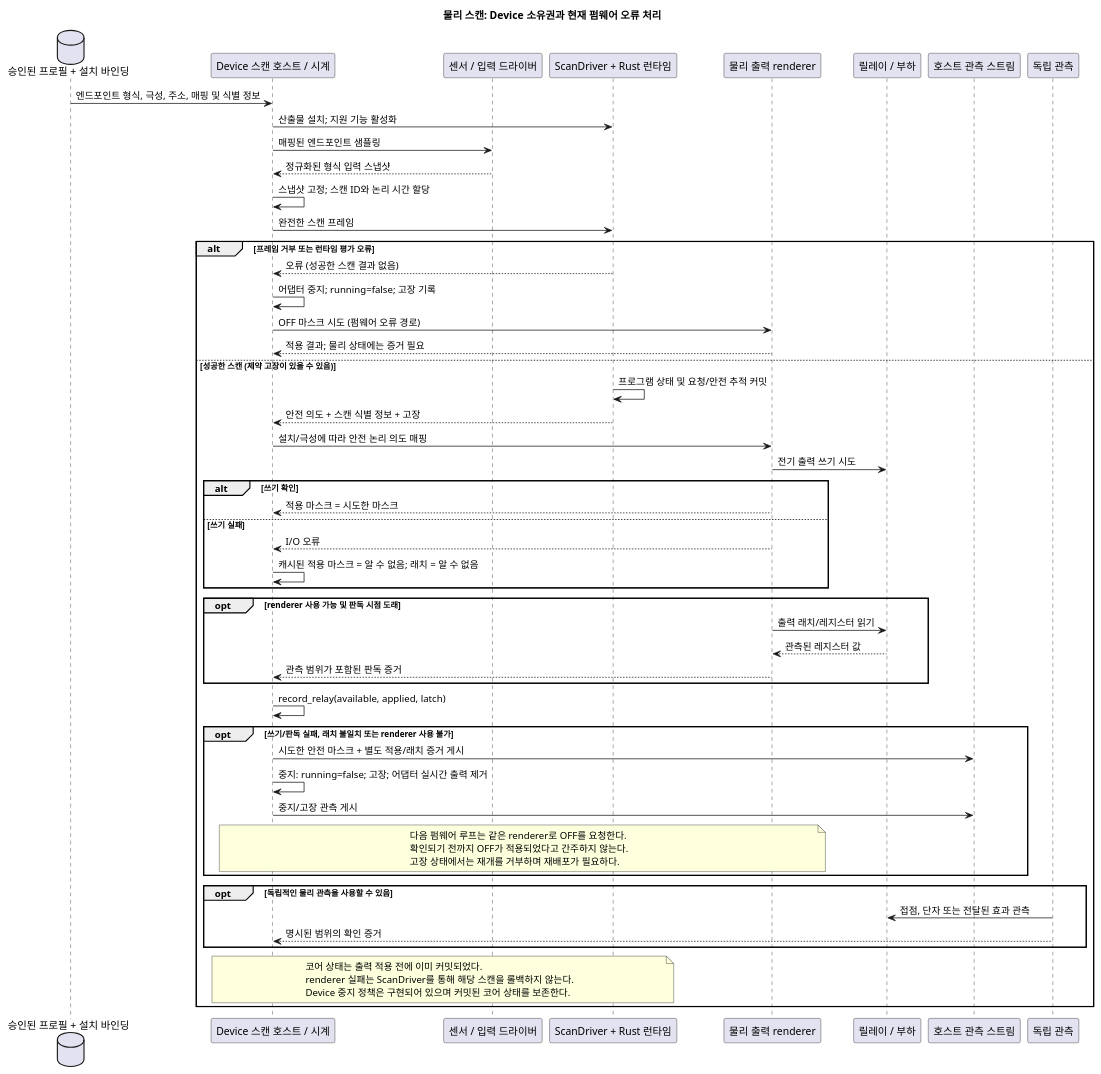
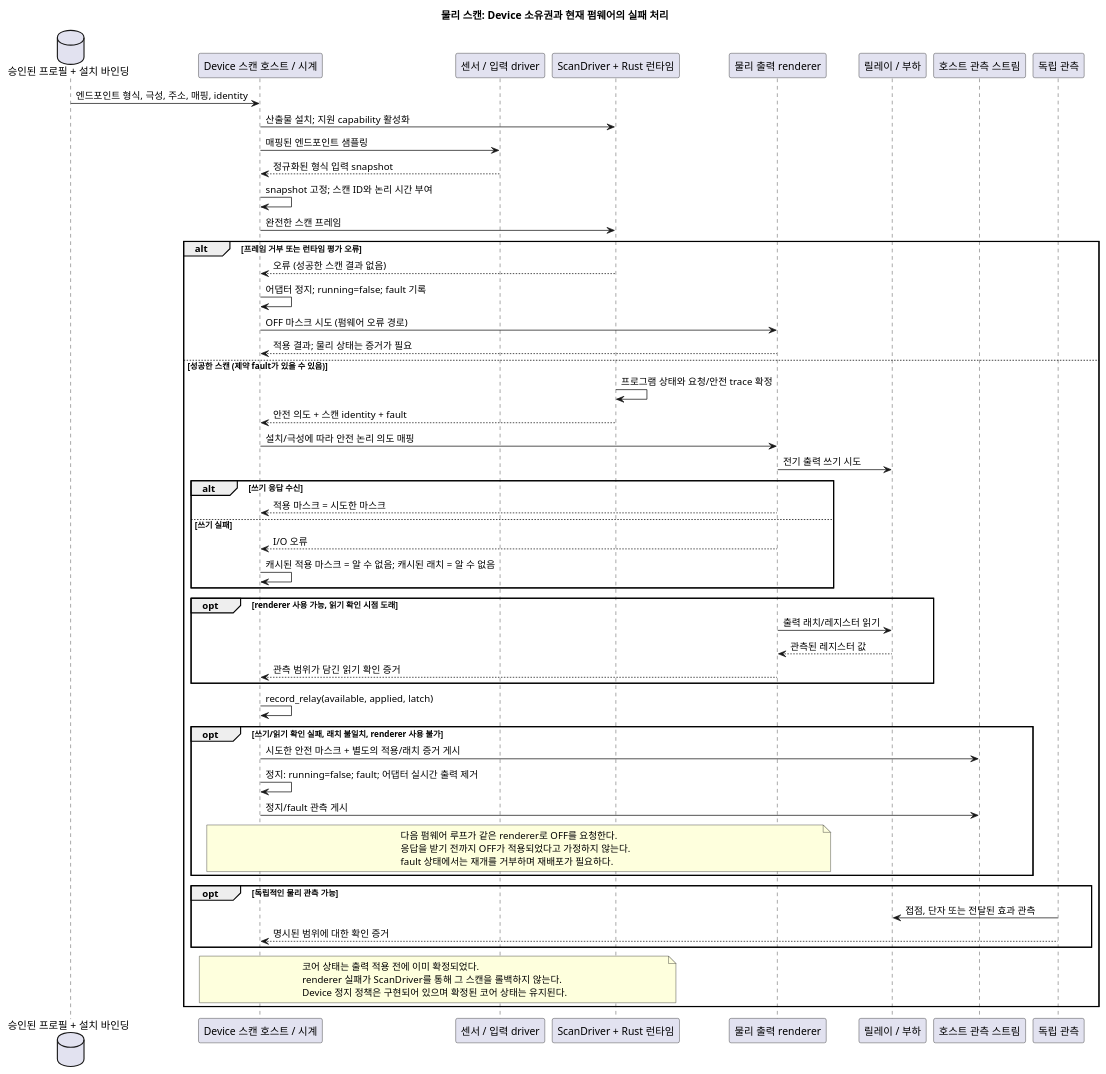
One commit to callin2/ghostflow-language changed the fourth of 4 diagrams in docs/LLM-TOOLCHAIN-ARCHITECTURE.ko.md. Above: the diagram before and after it, drawn with PlantUML. The commit also changed other lines of this file and 2455 other files, not shown here.

Commit message:
docs: recover Copilot rewrites, multilingual guides and diagram tooling (#614)

````diff
--- a/docs/LLM-TOOLCHAIN-ARCHITECTURE.ko.md
+++ b/docs/LLM-TOOLCHAIN-ARCHITECTURE.ko.md
@@ -267,61 +365,61 @@
 ```plantuml
 @startuml
-title 물리 스캔: Device 소유권과 현재 펌웨어 오류 처리
+title 물리 스캔: Device 소유권과 현재 펌웨어의 실패 처리
 database "승인된 프로필 + 설치 바인딩" as Profile
 participant "Device 스캔 호스트 / 시계" as Host
-participant "센서 / 입력 드라이버" as Input
+participant "센서 / 입력 driver" as Input
 participant "ScanDriver + Rust 런타임" as Core
 participant "물리 출력 renderer" as Output
 participant "릴레이 / 부하" as Load
 participant "호스트 관측 스트림" as Evidence
 participant "독립 관측" as Observer
-Profile -> Host: 엔드포인트 형식, 극성, 주소, 매핑 및 식별 정보
-Host -> Core: 산출물 설치; 지원 기능 활성화
+Profile -> Host: 엔드포인트 형식, 극성, 주소, 매핑, identity
+Host -> Core: 산출물 설치; 지원 capability 활성화
 Host -> Input: 매핑된 엔드포인트 샘플링
-Input --> Host: 정규화된 형식 입력 스냅샷
-Host -> Host: 스냅샷 고정; 스캔 ID와 논리 시간 할당
+Input --> Host: 정규화된 형식 입력 snapshot
+Host -> Host: snapshot 고정; 스캔 ID와 논리 시간 부여
 Host -> Core: 완전한 스캔 프레임
 alt 프레임 거부 또는 런타임 평가 오류
   Core --> Host: 오류 (성공한 스캔 결과 없음)
-  Host -> Host: 어댑터 중지; running=false; 고장 기록
+  Host -> Host: 어댑터 정지; running=false; fault 기록
   Host -> Output: OFF 마스크 시도 (펌웨어 오류 경로)
-  Output --> Host: 적용 결과; 물리 상태에는 증거 필요
-else 성공한 스캔 (제약 고장이 있을 수 있음)
-  Core -> Core: 프로그램 상태 및 요청/안전 추적 커밋
-  Core --> Host: 안전 의도 + 스캔 식별 정보 + 고장
+  Output --> Host: 적용 결과; 물리 상태는 증거가 필요
+else 성공한 스캔 (제약 fault가 있을 수 있음)
+  Core -> Core: 프로그램 상태와 요청/안전 trace 확정
+  Core --> Host: 안전 의도 + 스캔 identity + fault
   Host -> Output: 설치/극성에 따라 안전 논리 의도 매핑
   Output -> Load: 전기 출력 쓰기 시도
-  alt 쓰기 확인
+  alt 쓰기 응답 수신
     Output --> Host: 적용 마스크 = 시도한 마스크
   else 쓰기 실패
     Output --> Host: I/O 오류
-    Host -> Host: 캐시된 적용 마스크 = 알 수 없음; 래치 = 알 수 없음
+    Host -> Host: 캐시된 적용 마스크 = 알 수 없음; 캐시된 래치 = 알 수 없음
   end
-  opt renderer 사용 가능 및 판독 시점 도래
+  opt renderer 사용 가능, 읽기 확인 시점 도래
     Output -> Load: 출력 래치/레지스터 읽기
     Load --> Output: 관측된 레지스터 값
-    Output --> Host: 관측 범위가 포함된 판독 증거
+    Output --> Host: 관측 범위가 담긴 읽기 확인 증거
   end
   Host -> Host: record_relay(available, applied, latch)
-  opt 쓰기/판독 실패, 래치 불일치 또는 renderer 사용 불가
-    Host -> Evidence: 시도한 안전 마스크 + 별도 적용/래치 증거 게시
-    Host -> Host: 중지: running=false; 고장; 어댑터 실시간 출력 제거
-    Host -> Evidence: 중지/고장 관측 게시
+  opt 쓰기/읽기 확인 실패, 래치 불일치, renderer 사용 불가
+    Host -> Evidence: 시도한 안전 마스크 + 별도의 적용/래치 증거 게시
+    Host -> Host: 정지: running=false; fault; 어댑터 실시간 출력 제거
+    Host -> Evidence: 정지/fault 관측 게시
     note over Host,Output
-      다음 펌웨어 루프는 같은 renderer로 OFF를 요청한다.
-      확인되기 전까지 OFF가 적용되었다고 간주하지 않는다.
-      고장 상태에서는 재개를 거부하며 재배포가 필요하다.
+      다음 펌웨어 루프가 같은 renderer로 OFF를 요청한다.
+      응답을 받기 전까지 OFF가 적용되었다고 가정하지 않는다.
+      fault 상태에서는 재개를 거부하며 재배포가 필요하다.
     end note
   end
-  opt 독립적인 물리 관측을 사용할 수 있음
+  opt 독립적인 물리 관측 가능
     Observer -> Load: 접점, 단자 또는 전달된 효과 관측
-    Observer --> Host: 명시된 범위의 확인 증거
+    Observer --> Host: 명시된 범위에 대한 확인 증거
   end
   note over Host,Core
-    코어 상태는 출력 적용 전에 이미 커밋되었다.
-    renderer 실패는 ScanDriver를 통해 해당 스캔을 롤백하지 않는다.
-    Device 중지 정책은 구현되어 있으며 커밋된 코어 상태를 보존한다.
+    코어 상태는 출력 적용 전에 이미 확정되었다.
+    renderer 실패가 ScanDriver를 통해 그 스캔을 롤백하지 않는다.
+    Device 정지 정책은 구현되어 있으며 확정된 코어 상태는 유지된다.
   end note
 end
 @enduml
 ```
````
